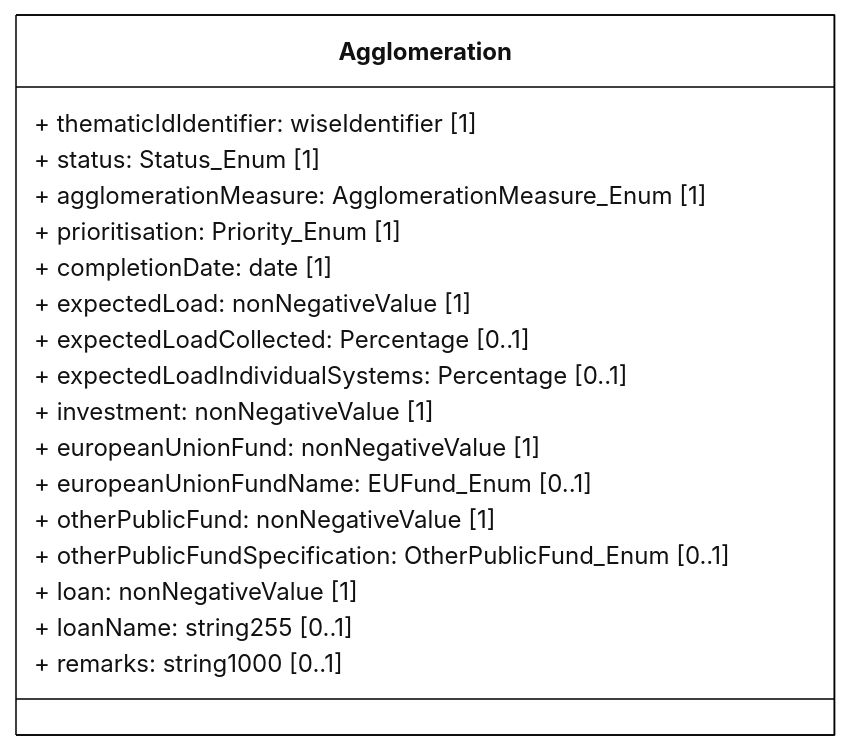
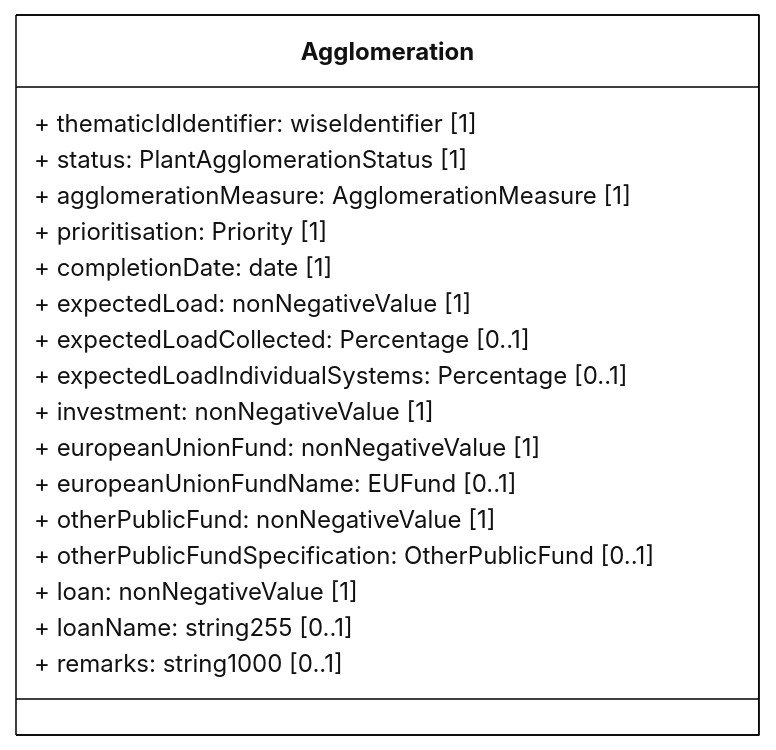
The diagram in docs/rUWWTD2024/Article23/mmd/Article23_Agglomeration_ClassDiagram.mmd (eeadata/WISE.UWWTD.Documentation), drawn with Mermaid before and after one commit. The commit also changed 13 other files, not shown here.

```diff
--- a/docs/rUWWTD2024/Article23/mmd/Article23_Agglomeration_ClassDiagram.mmd
+++ b/docs/rUWWTD2024/Article23/mmd/Article23_Agglomeration_ClassDiagram.mmd
@@ -1,33 +1,33 @@
 ---
 config:
   class:
     hideEmptyMembersBox: true
   layout: dagre
   theme: neutral
 ---
 classDiagram
 direction LR
 
 class Agglomeration{
     + thematicIdIdentifier: wiseIdentifier [1]
-    + status: Status_Enum [1]
-    + agglomerationMeasure: AgglomerationMeasure_Enum [1]
-    + prioritisation: Priority_Enum [1]
+    + status: PlantAgglomerationStatus [1]
+    + agglomerationMeasure: AgglomerationMeasure [1]
+    + prioritisation: Priority [1]
 
     + completionDate: date [1]
     + expectedLoad: nonNegativeValue [1]
     + expectedLoadCollected: Percentage [0..1]
     + expectedLoadIndividualSystems: Percentage [0..1]
 
     + investment: nonNegativeValue [1]
     + europeanUnionFund: nonNegativeValue [1]
-    + europeanUnionFundName: EUFund_Enum [0..1]
+    + europeanUnionFundName: EUFund [0..1]
     + otherPublicFund: nonNegativeValue [1]
-    + otherPublicFundSpecification: OtherPublicFund_Enum [0..1]
+    + otherPublicFundSpecification: OtherPublicFund [0..1]
     + loan: nonNegativeValue [1]
     + loanName: string255 [0..1]
     + remarks: string1000 [0..1]
 }
 
 classDef default fill:white,stroke:#000;
 classDef forFixing fill:white,stroke:#f00;
```
